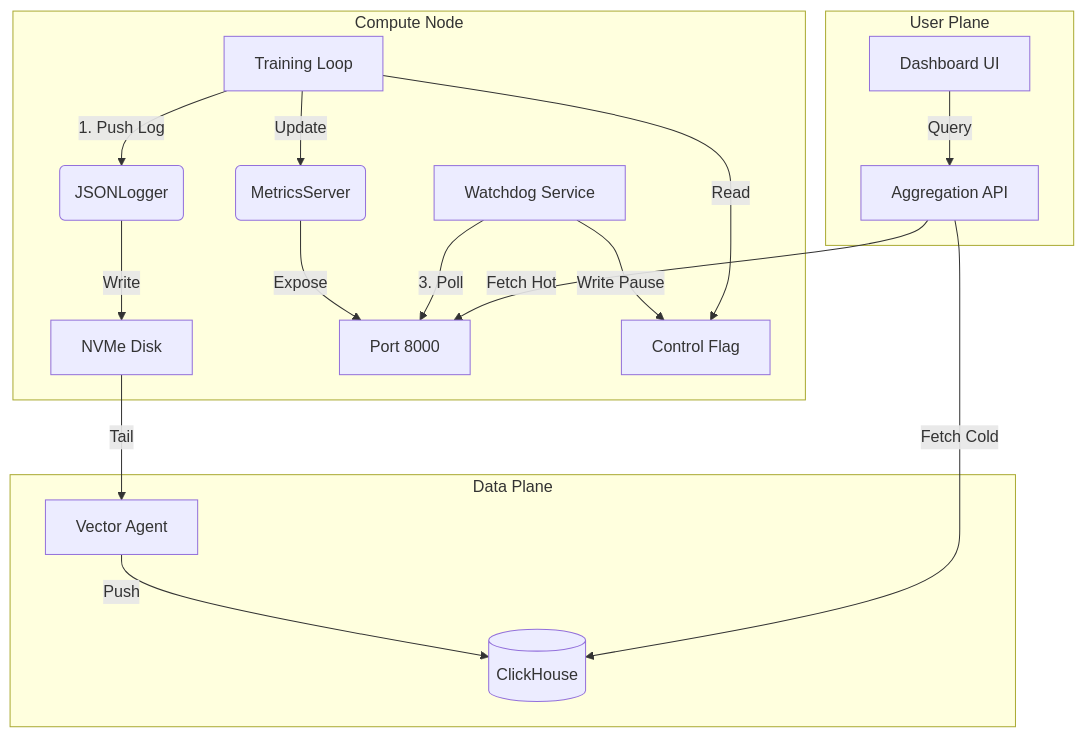
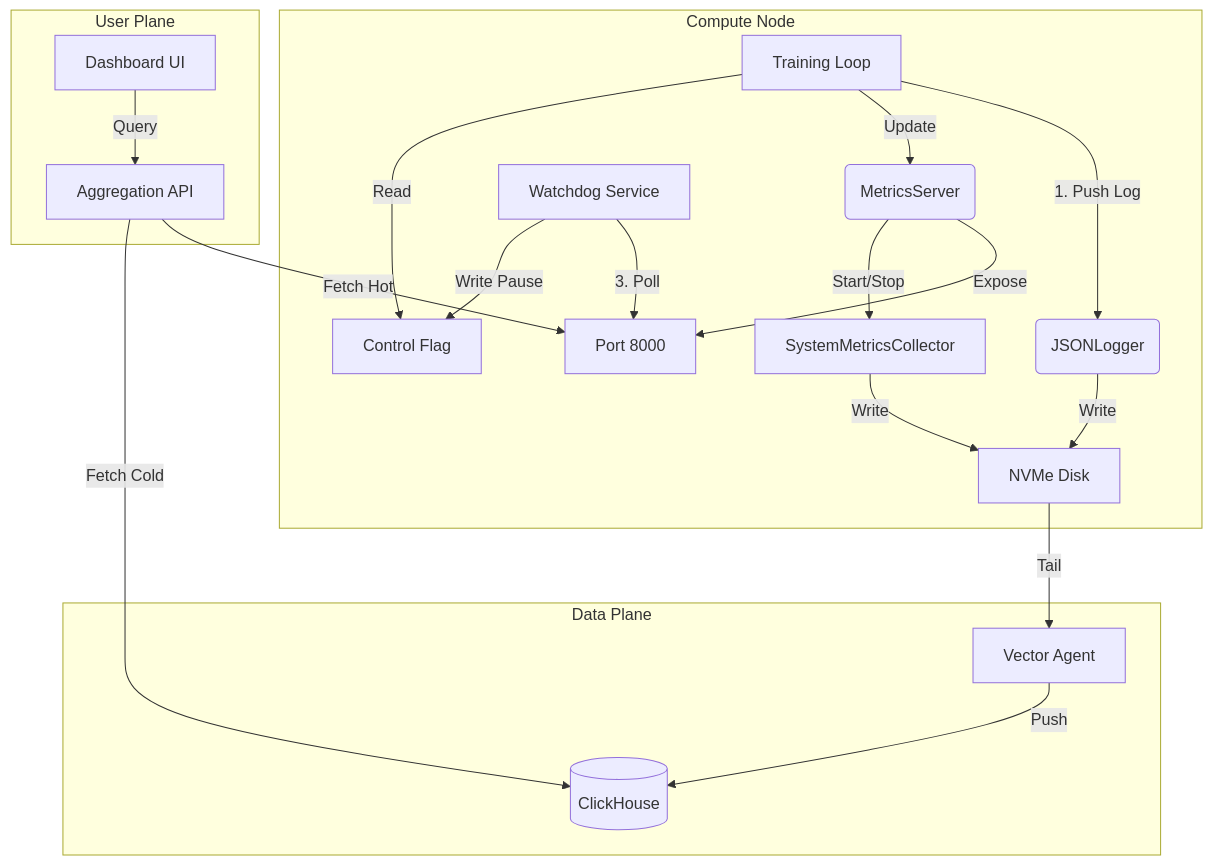
The diagram in experiments/12_training_operations/components/system_architecture.md (The-School-of-AI/LLM), drawn with Mermaid before and after one commit. The commit also changed other lines of this file and 9 other files, not shown here.

````diff
--- a/experiments/12_training_operations/components/system_architecture.md
+++ b/experiments/12_training_operations/components/system_architecture.md
@@ -31,25 +33,28 @@
 ```mermaid
 graph TD
     subgraph Compute Node
         A[Training Loop] -->|1. Push Log| B(JSONLogger)
         B -->|Write| C[NVMe Disk]
         
         A -->|Update| M(MetricsServer)
         M -->|Expose| P8[Port 8000]
+        
+        SC[SystemMetricsCollector] -->|Write| C
+        M -->|Start/Stop| SC
         
         W[Watchdog Service] -->|3. Poll| P8
         W -->|Write Pause| FLAG[Control Flag]
         A -->|Read| FLAG
     end
 
     subgraph Data Plane
         C -->|Tail| V[Vector Agent]
         V -->|Push| CH[(ClickHouse)]
     end
 
     subgraph User Plane
         D[Dashboard UI] -->|Query| API[Aggregation API]
         API -->|Fetch Hot| P8
         API -->|Fetch Cold| CH
     end
 ```
````
